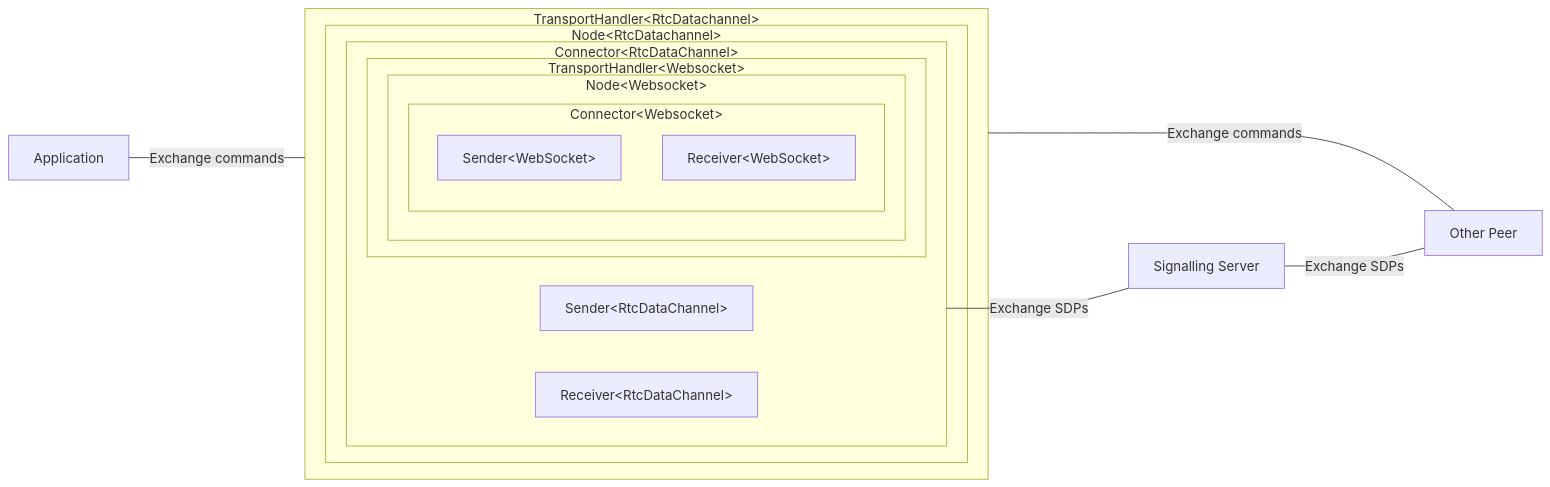
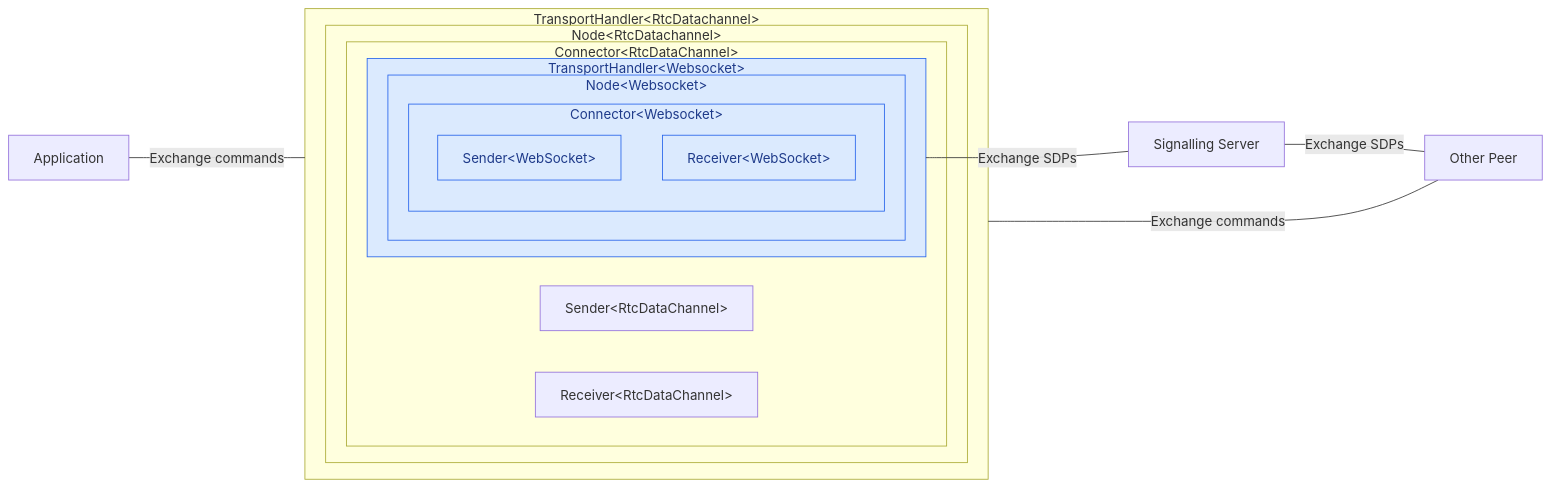
The first of 7 diagrams in src-tauri/rtc/memo.md (vk-swd/vamp), drawn with Mermaid before and after one commit. The commit also changed other lines of this file and 37 other files, not shown here.

Commit message:
refactored the way tauri runs windows and sets up tests, made centralised page folder, refactored ipc invocation, cleaned up dead code, started notes on architecture components and communication layers, made generic data transport for different remote backend calls

````diff
--- a/src-tauri/rtc/memo.md
+++ b/src-tauri/rtc/memo.md
@@ -16,28 +16,30 @@
 ```mermaid
 flowchart LR
     subgraph rnh["TransportHandler&ltRtcDatachannel&gt"]
         subgraph rn["Node&ltRtcDatachannel&gt"]
             subgraph rc["Connector&ltRtcDataChannel&gt"]
                 sendrtc["Sender&ltRtcDataChannel&gt"]
                 recvrtc["Receiver&ltRtcDataChannel&gt"]
                 subgraph wnh["TransportHandler&ltWebsocket&gt"]
                     subgraph wn["Node&ltWebsocket&gt"]
                         subgraph conws["Connector&ltWebsocket&gt"]
                             sendws["Sender&ltWebSocket&gt"]
                             recvws["Receiver&ltWebSocket&gt"]
                         end
                     end
                 end
       
             end
         end
     end
     app["Application"]
     op["Other Peer"]
     ss["Signalling Server"]
     app---|"Exchange commands"| rnh
     rnh---|"Exchange commands"| op
     ss---|"Exchange SDPs"| op
     conws~~~ss
-    rc---|"Exchange SDPs"| ss
+    wnh---|"Exchange SDPs"| ss
+    classDef websocket fill:#dbeafe,stroke:#2563eb,color:#1e3a8a;
+    class wnh,wn,conws,sendws,recvws websocket;
 ```
````
